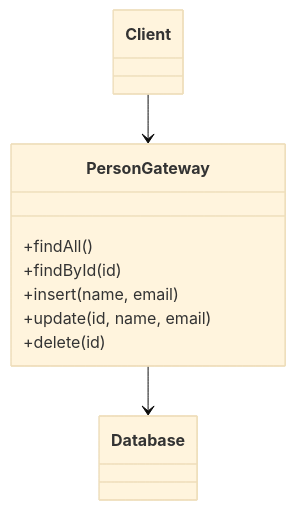
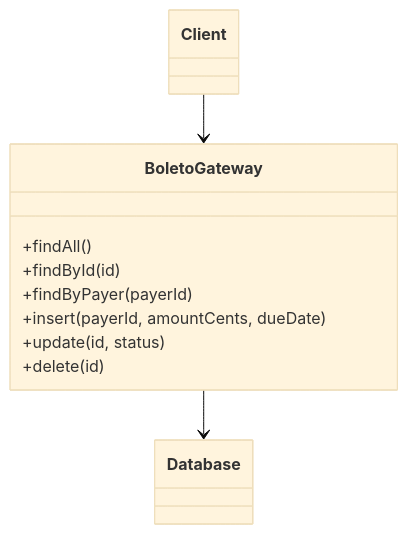
One commit to alancesar/design-patterns changed the diagram in docs/design/poeaa/data-source-architectural/table-data-gateway.md. Above: the diagram before and after it, drawn with Mermaid (base theme). The commit also changed other lines of this file and 95 other files, not shown here.

First line of the commit message:
Switch PoEAA examples and diagrams to fintech scenarios

````diff
--- a/docs/design/poeaa/data-source-architectural/table-data-gateway.md
+++ b/docs/design/poeaa/data-source-architectural/table-data-gateway.md
@@ -57,14 +57,15 @@
 ```mermaid
 classDiagram
     class Client
-    class PersonGateway {
+    class BoletoGateway {
         +findAll()
         +findById(id)
-        +insert(name, email)
-        +update(id, name, email)
+        +findByPayer(payerId)
+        +insert(payerId, amountCents, dueDate)
+        +update(id, status)
         +delete(id)
     }
     class Database
-    Client --> PersonGateway
-    PersonGateway --> Database
+    Client --> BoletoGateway
+    BoletoGateway --> Database
 ```
````
